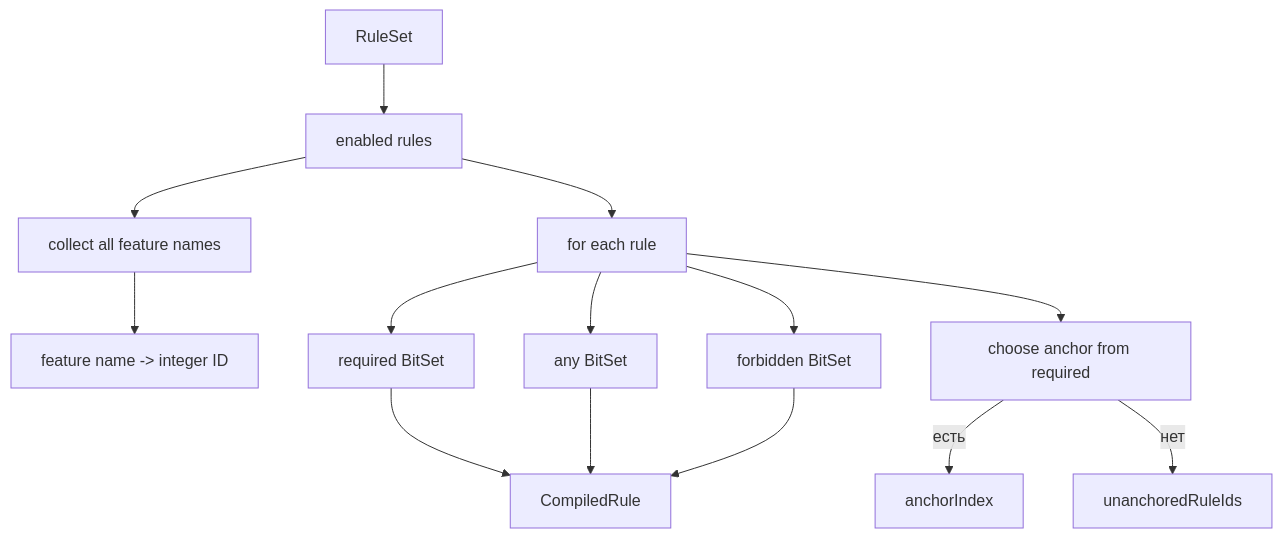
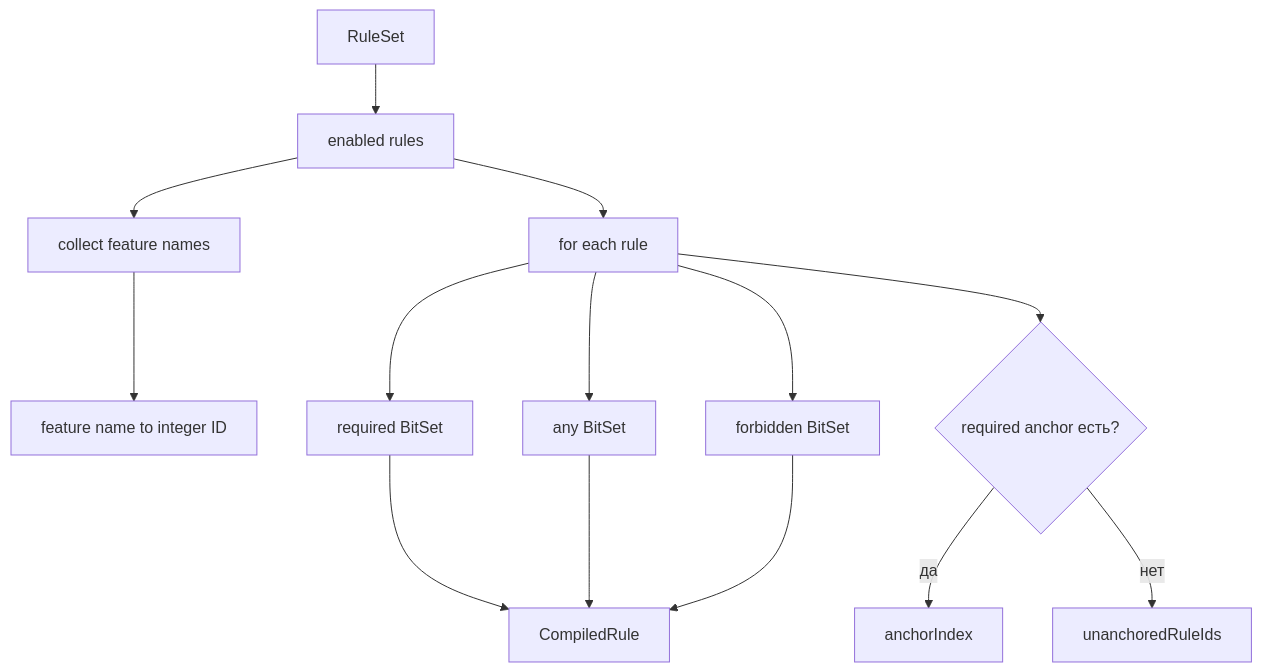
One commit to GAbra/itam-asset-typing-benchmark changed the second of 9 diagrams in docs/ENGINE_IMPLEMENTATION_RU.md. Above: the diagram before and after it, drawn with Mermaid. The commit also changed other lines of this file, not shown here.

Commit message:
Fix Mermaid syntax in Russian engine implementation

````diff
--- a/docs/ENGINE_IMPLEMENTATION_RU.md
+++ b/docs/ENGINE_IMPLEMENTATION_RU.md
@@ -80,16 +72,16 @@
 ```mermaid
 flowchart TD
-    RS[RuleSet] --> EF[enabled rules]
-    EF --> AF[collect all feature names]
-    AF --> ID[feature name -> integer ID]
-    EF --> CR[for each rule]
-    CR --> REQ[required BitSet]
-    CR --> ANY[any BitSet]
-    CR --> FORB[forbidden BitSet]
-    CR --> AN[choose anchor from required]
-    AN -->|есть| IDX[anchorIndex]
-    AN -->|нет| U[unanchoredRuleIds]
-    REQ --> COMPILED[CompiledRule]
+    RS["RuleSet"] --> EF["enabled rules"]
+    EF --> AF["collect feature names"]
+    AF --> ID["feature name to integer ID"]
+    EF --> CR["for each rule"]
+    CR --> REQ["required BitSet"]
+    CR --> ANY["any BitSet"]
+    CR --> FORB["forbidden BitSet"]
+    CR --> AN{"required anchor есть?"}
+    AN -->|да| IDX["anchorIndex"]
+    AN -->|нет| U["unanchoredRuleIds"]
+    REQ --> COMPILED["CompiledRule"]
     ANY --> COMPILED
     FORB --> COMPILED
 ```
````
